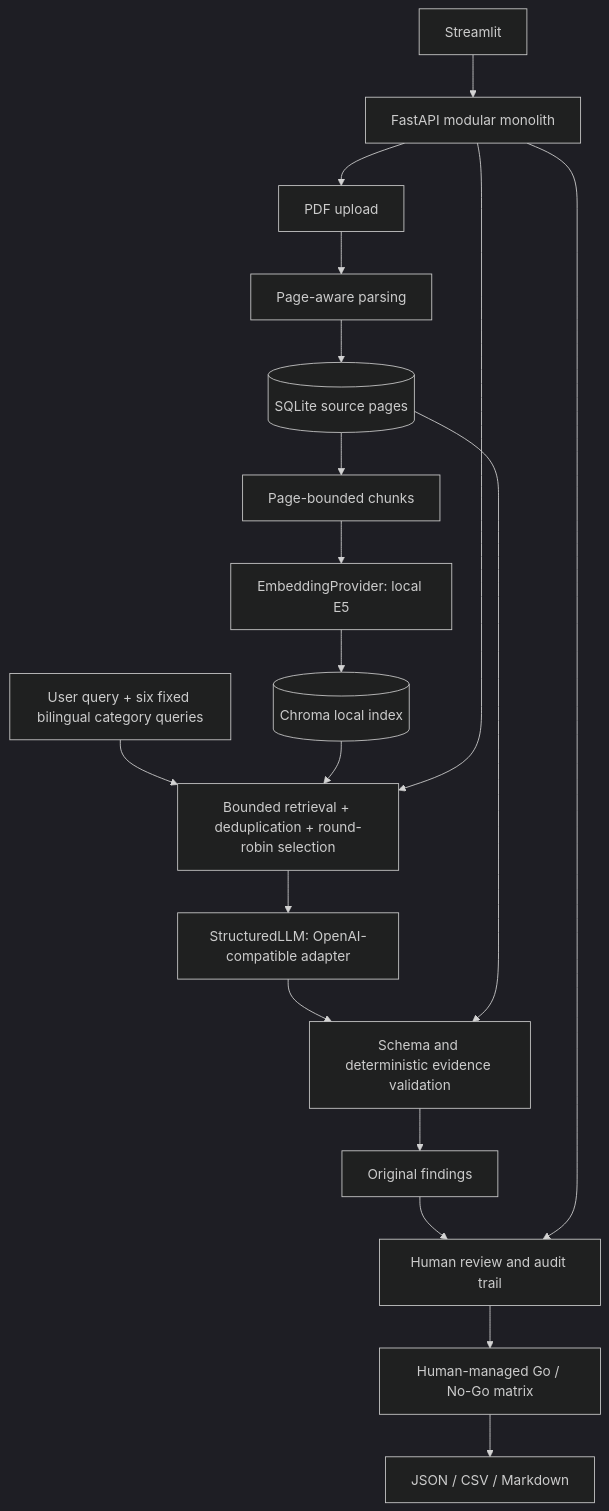
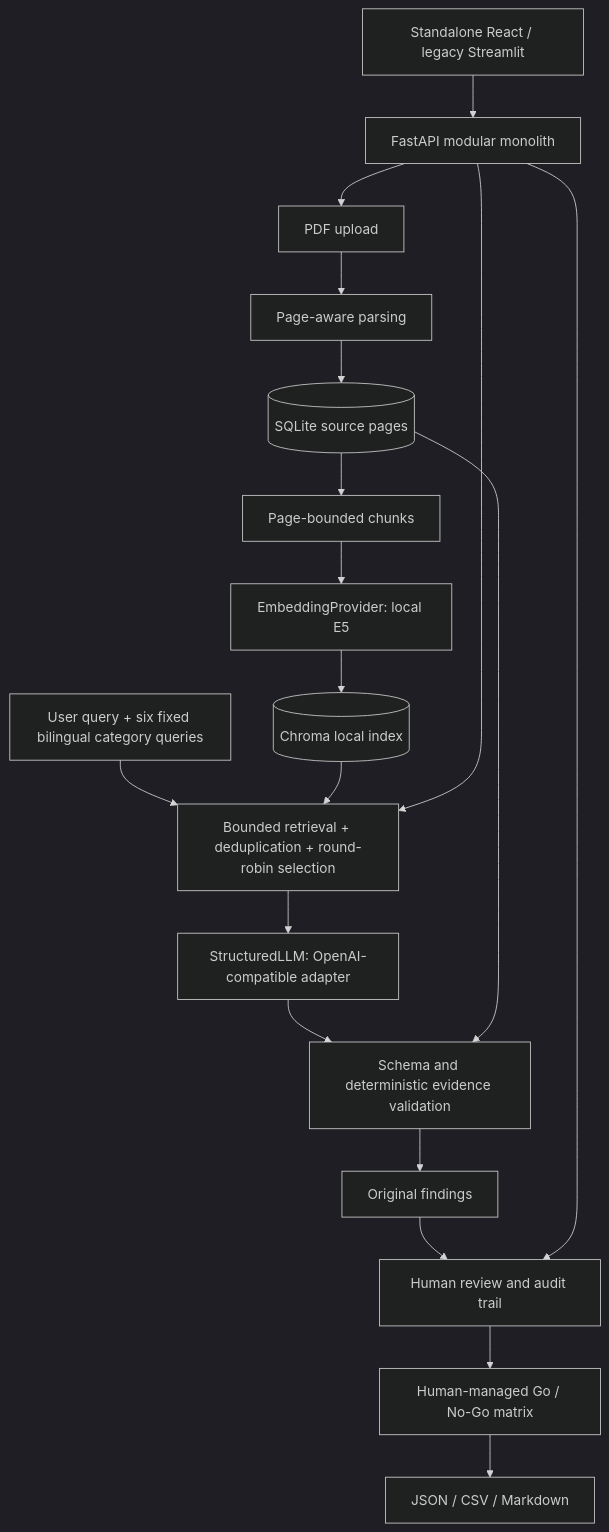
The diagram in README.md (nak224/tendercite), drawn with Mermaid (dark theme) before and after one commit. The commit also changed other lines of this file and 4 other files, not shown here.

````diff
--- a/README.md
+++ b/README.md
@@ -30,21 +31,21 @@
 ```mermaid
 flowchart TD
     PDF[PDF upload] --> Parser[Page-aware parsing]
     Parser --> SQLite[(SQLite source pages)]
     SQLite --> Chunks[Page-bounded chunks]
     Chunks --> Embeddings[EmbeddingProvider: local E5]
     Embeddings --> Chroma[(Chroma local index)]
     Plan[User query + six fixed bilingual category queries] --> Retrieval
     Chroma --> Retrieval[Bounded retrieval + deduplication + round-robin selection]
     Retrieval --> LLM[StructuredLLM: OpenAI-compatible adapter]
     LLM --> Validation[Schema and deterministic evidence validation]
     SQLite --> Validation
     Validation --> Findings[Original findings]
     Findings --> Review[Human review and audit trail]
     Review --> Matrix[Human-managed Go / No-Go matrix]
     Matrix --> Export[JSON / CSV / Markdown]
-    UI[Streamlit] --> API[FastAPI modular monolith]
+    UI[Standalone React / legacy Streamlit] --> API[FastAPI modular monolith]
     API --> PDF
     API --> Retrieval
     API --> Review
 ```
````
